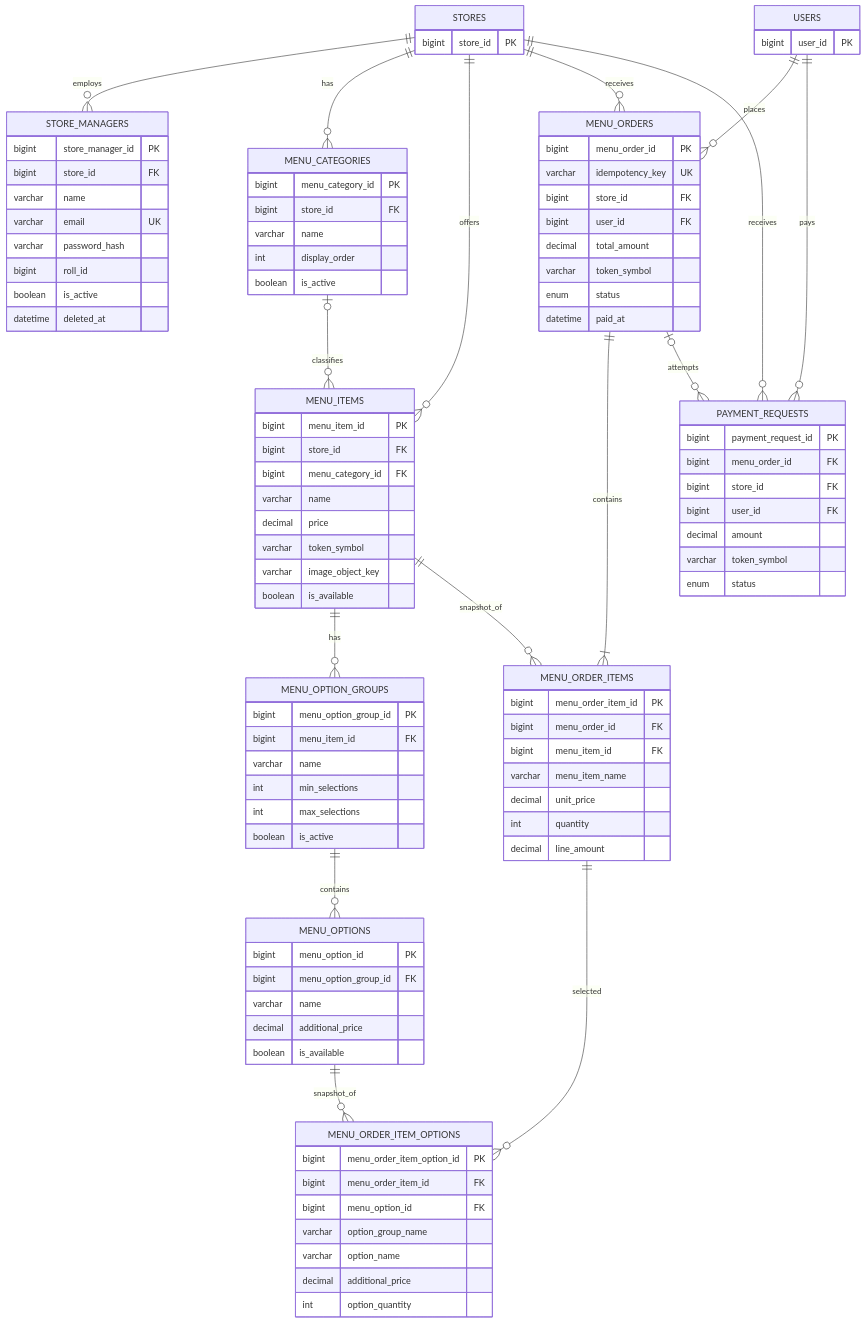
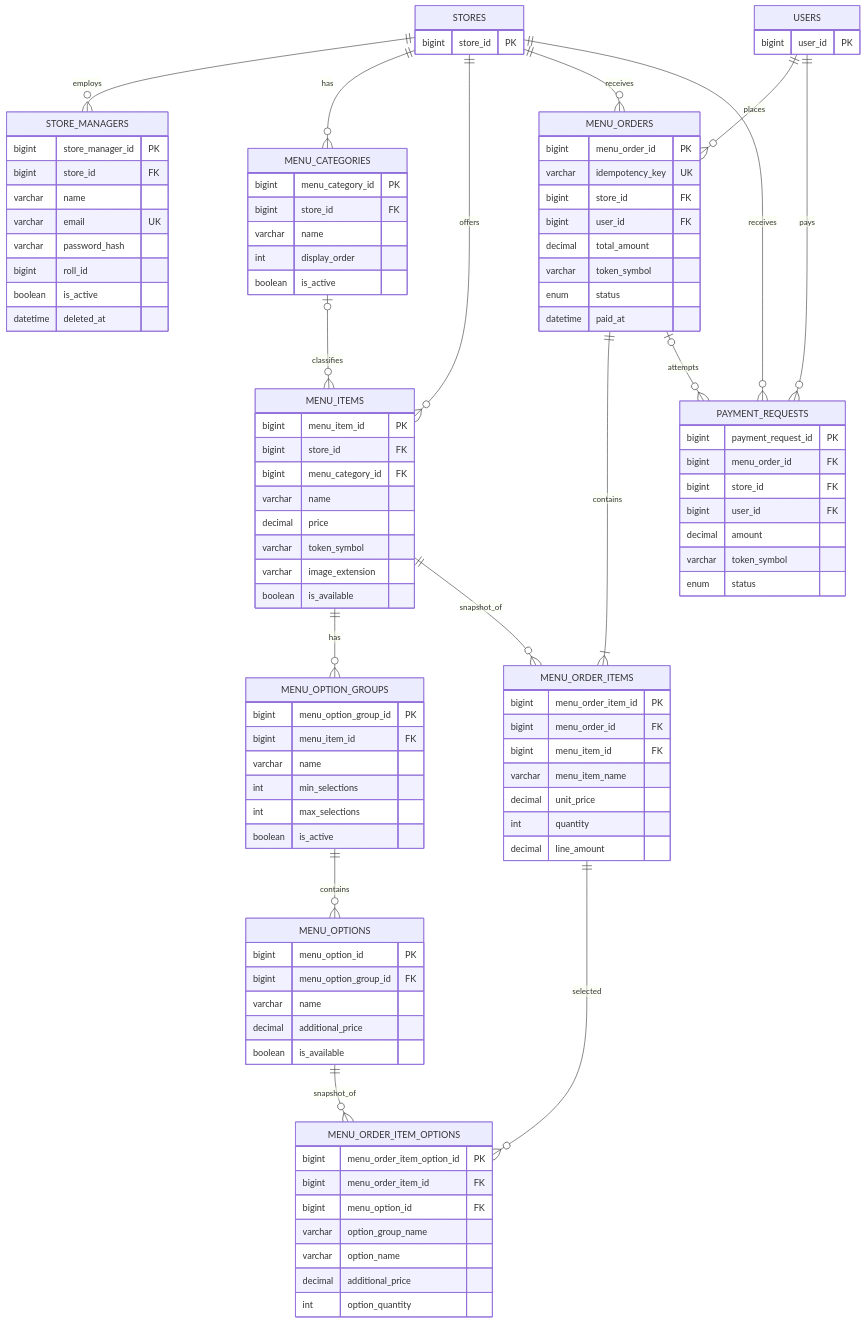
One commit to terao06/teraid-pay-api changed the diagram in docs/DB構成.md. Above: the diagram before and after it, drawn with Mermaid. The commit also changed other lines of this file and 27 other files, not shown here.

```diff
--- a/docs/DB構成.md
+++ b/docs/DB構成.md
@@ -217,7 +217,7 @@
         varchar name
         decimal price
         varchar token_symbol
-        varchar image_object_key
+        varchar image_extension
         boolean is_available
     }
 
```
